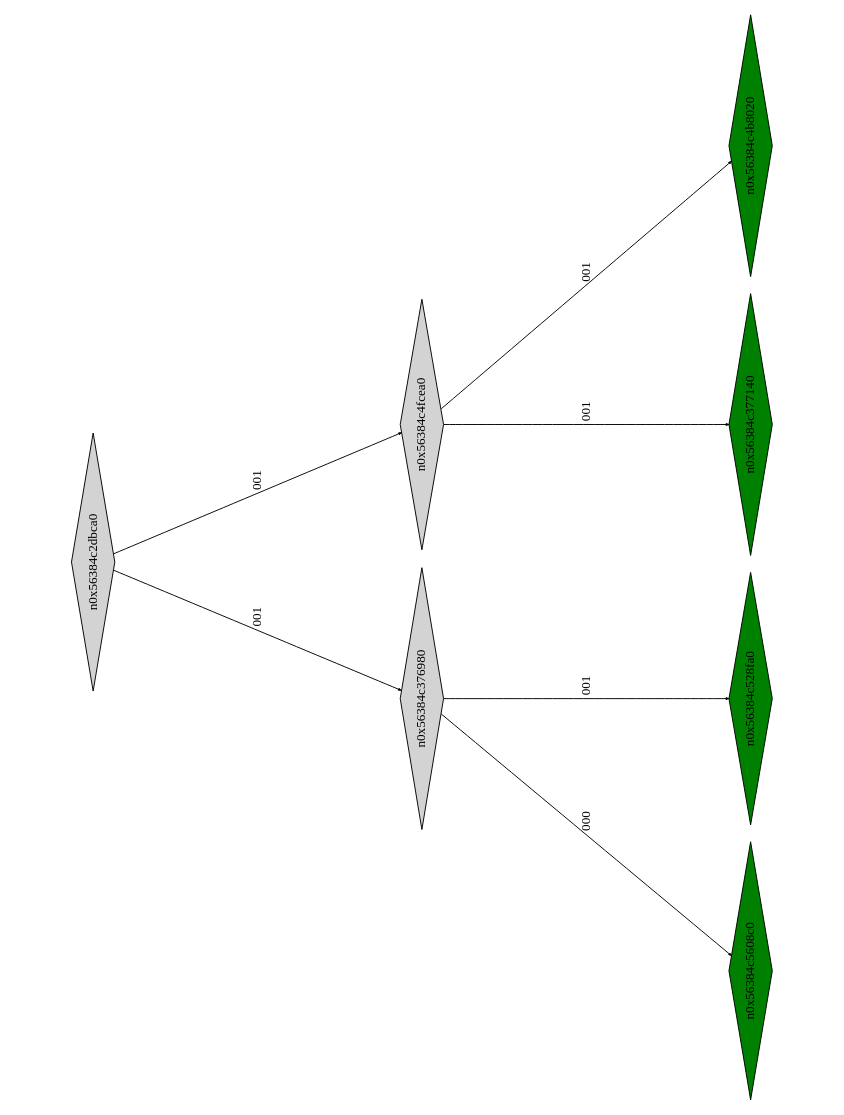
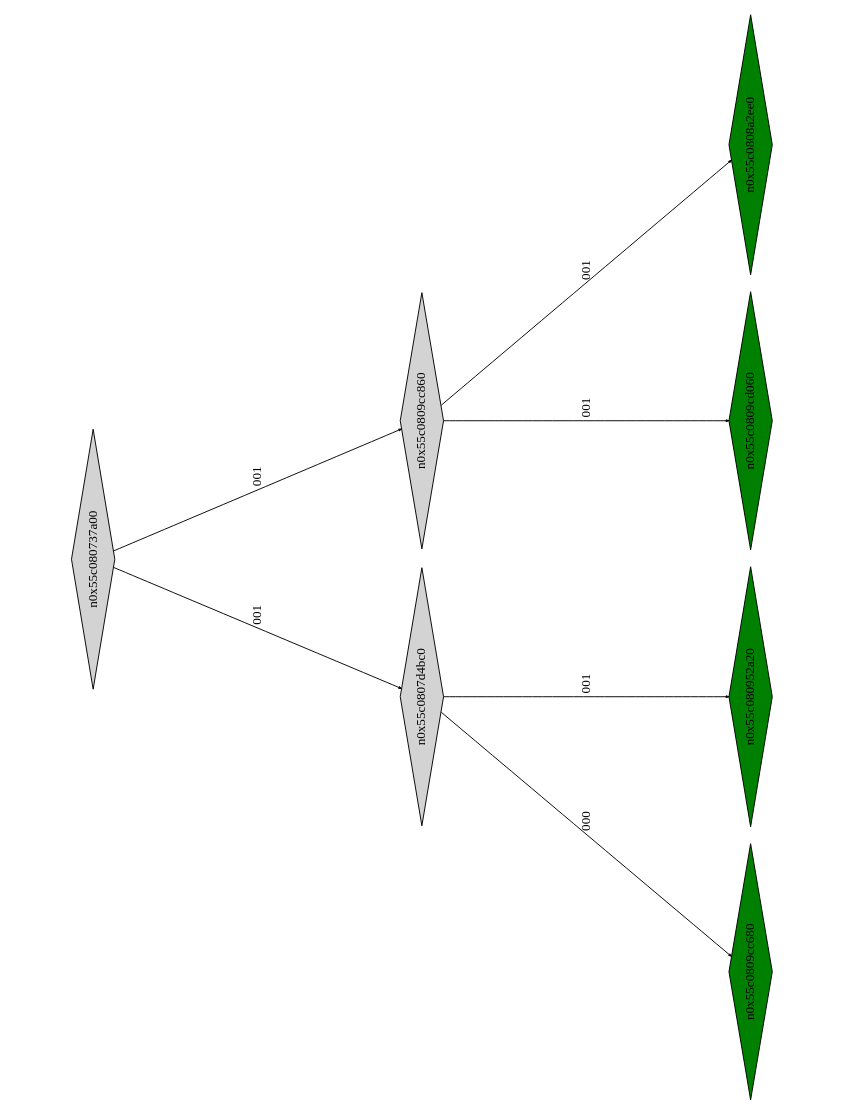
One commit to Research-Tools-PAVT/PSE-Program-Examples changed the diagram in montyhall_klee_out/ptree_00001039.dot. Above: the diagram before and after it, drawn with Graphviz. The commit also changed 86 other files, not shown here.

```diff
--- a/montyhall_klee_out/ptree_00001039.dot
+++ b/montyhall_klee_out/ptree_00001039.dot
@@ -1,21 +1,21 @@
 digraph G {
 	size="10,7.5";
 	ratio=fill;
 	rotate=90;
 	center = "true";
 	node [style="filled",width=.1,height=.1,fontname="Terminus"]
 	edge [arrowsize=.3]
-	n0x56384c2dbca0 [shape=diamond];
-	n0x56384c2dbca0 -> n0x56384c376980 [label=001];
-	n0x56384c2dbca0 -> n0x56384c4fcea0 [label=001];
-	n0x56384c4fcea0 [shape=diamond];
-	n0x56384c4fcea0 -> n0x56384c377140 [label=001];
-	n0x56384c4fcea0 -> n0x56384c4b8020 [label=001];
-	n0x56384c4b8020 [shape=diamond,fillcolor=green];
-	n0x56384c377140 [shape=diamond,fillcolor=green];
-	n0x56384c376980 [shape=diamond];
-	n0x56384c376980 -> n0x56384c5608c0 [label=000];
-	n0x56384c376980 -> n0x56384c528fa0 [label=001];
-	n0x56384c528fa0 [shape=diamond,fillcolor=green];
-	n0x56384c5608c0 [shape=diamond,fillcolor=green];
+	n0x55c080737a00 [shape=diamond];
+	n0x55c080737a00 -> n0x55c0807d4bc0 [label=001];
+	n0x55c080737a00 -> n0x55c0809cc860 [label=001];
+	n0x55c0809cc860 [shape=diamond];
+	n0x55c0809cc860 -> n0x55c0809cd060 [label=001];
+	n0x55c0809cc860 -> n0x55c0808a2ee0 [label=001];
+	n0x55c0808a2ee0 [shape=diamond,fillcolor=green];
+	n0x55c0809cd060 [shape=diamond,fillcolor=green];
+	n0x55c0807d4bc0 [shape=diamond];
+	n0x55c0807d4bc0 -> n0x55c0809cc680 [label=000];
+	n0x55c0807d4bc0 -> n0x55c080952a20 [label=001];
+	n0x55c080952a20 [shape=diamond,fillcolor=green];
+	n0x55c0809cc680 [shape=diamond,fillcolor=green];
 }
```
